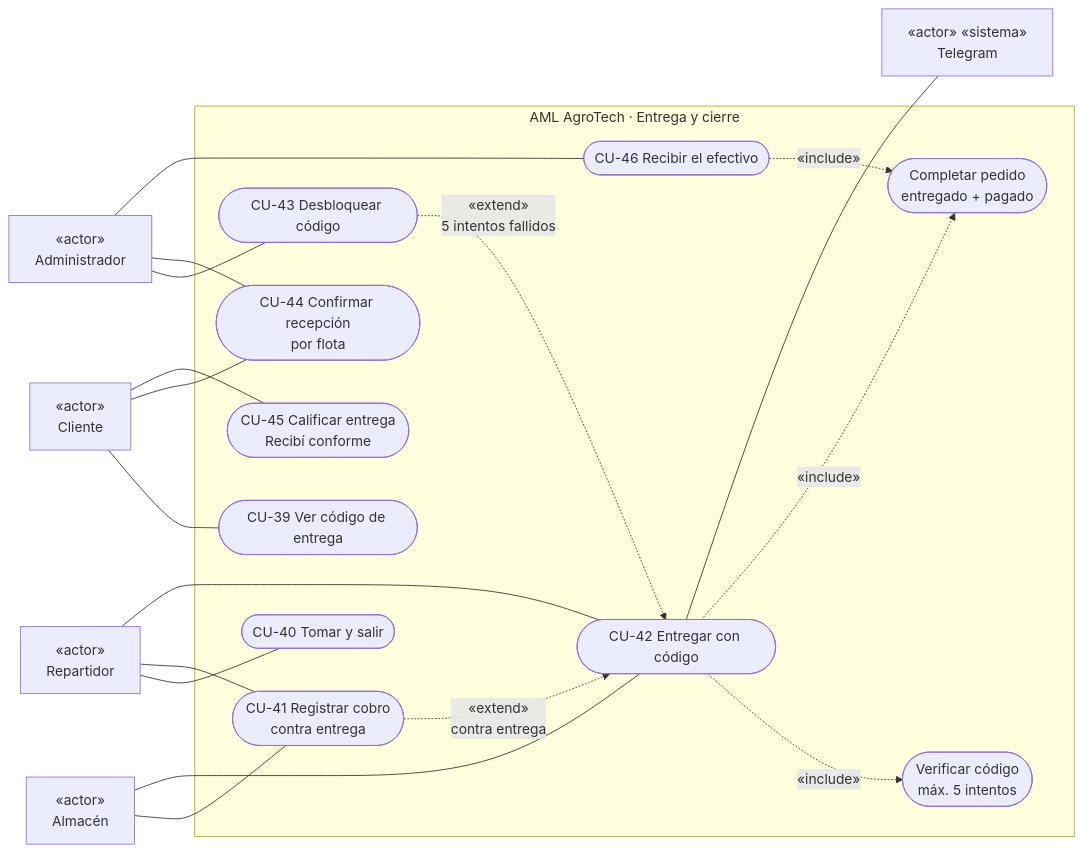
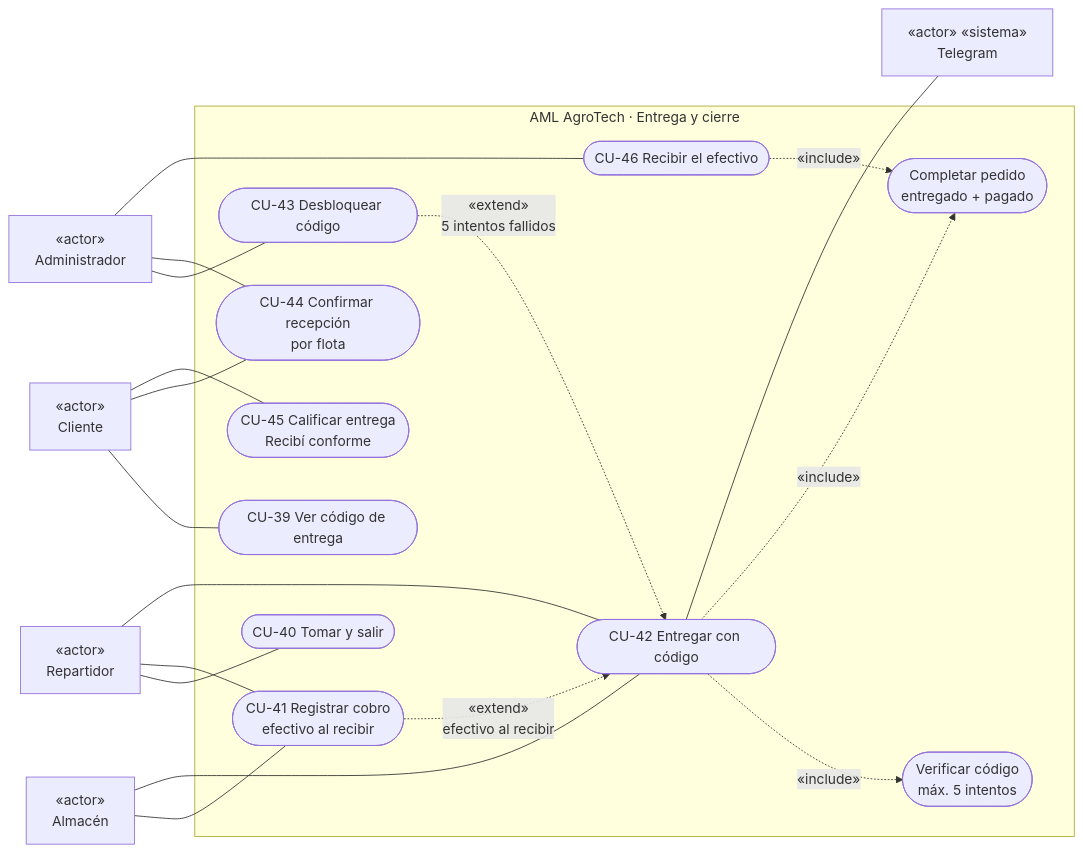
The ninth of 9 diagrams in docs/uml/casos-de-uso.md (Almartinezlima/AML-AgroTech), drawn with Mermaid before and after one commit. The commit also changed other lines of this file and 14 other files, not shown here.

Commit message:
docs(compra): compra en 3 clics, efectivo al recibir confirmado, visor del comprobante y nombres nuevos en specs, UML, OpenAPI y arquitectura

````diff
--- a/docs/uml/casos-de-uso.md
+++ b/docs/uml/casos-de-uso.md
@@ -245,37 +245,37 @@
 ```mermaid
 flowchart LR
   C["«actor»<br/>Cliente"]
   R["«actor»<br/>Repartidor"]
   AL["«actor»<br/>Almacén"]
   A["«actor»<br/>Administrador"]
   T["«actor» «sistema»<br/>Telegram"]
   subgraph ENT["AML AgroTech · Entrega y cierre"]
     CU39(["CU-39 Ver código de entrega"])
     CU40(["CU-40 Tomar y salir"])
-    CU41(["CU-41 Registrar cobro<br/>contra entrega"])
+    CU41(["CU-41 Registrar cobro<br/>efectivo al recibir"])
     CU42(["CU-42 Entregar con código"])
     CU43(["CU-43 Desbloquear código"])
     CU44(["CU-44 Confirmar recepción<br/>por flota"])
     CU45(["CU-45 Calificar entrega<br/>Recibí conforme"])
     CU46(["CU-46 Recibir el efectivo"])
     VER(["Verificar código<br/>máx. 5 intentos"])
     CER(["Completar pedido<br/>entregado + pagado"])
   end
   C --- CU39
   C --- CU44
   C --- CU45
   R --- CU40
   R --- CU41
   R --- CU42
   AL --- CU41
   AL --- CU42
   A --- CU43
   A --- CU44
   A --- CU46
   CU42 -.->|«include»| VER
   CU42 -.->|«include»| CER
   CU46 -.->|«include»| CER
-  CU41 -.->|«extend»<br/>contra entrega| CU42
+  CU41 -.->|«extend»<br/>efectivo al recibir| CU42
   CU43 -.->|«extend»<br/>5 intentos fallidos| CU42
   CU42 --- T
 ```
````
